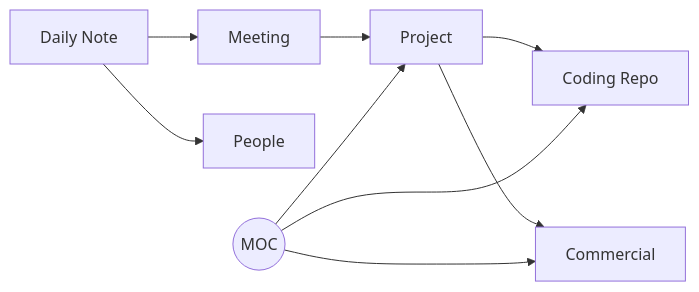
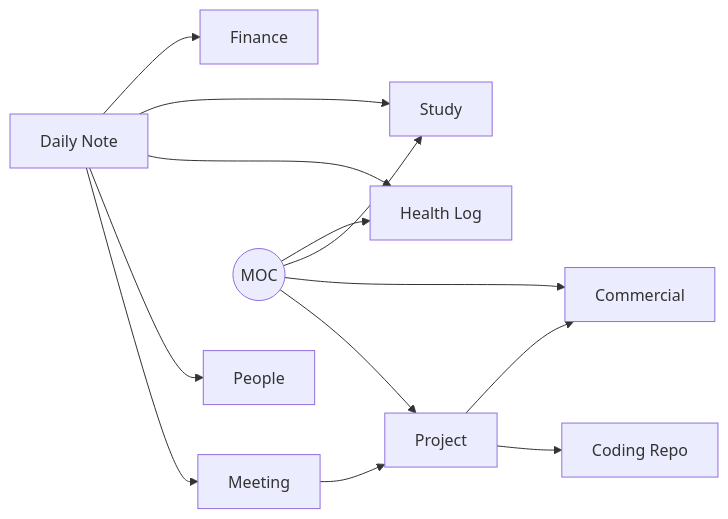
The first of 2 diagrams in README.md (vinipx/brain), drawn with Mermaid before and after one commit. The commit also changed other lines of this file and 98 other files, not shown here.

First line of the commit message:
Add Personal/Professional/Both architecture branching

````diff
--- a/README.md
+++ b/README.md
@@ -184,11 +309,15 @@
 ```mermaid
 graph LR
     D["Daily Note"] --> M["Meeting"]
     D --> P["People"]
+    D --> H["Health Log"]
     M --> Proj["Project"]
     Proj --> C["Coding Repo"]
     Proj --> Com["Commercial"]
+    D --> S["Study"]
+    D --> Fin["Finance"]
     MOC(("MOC")) --> Proj
     MOC --> Com
-    MOC --> C
+    MOC --> S
+    MOC --> H
 ```
````
